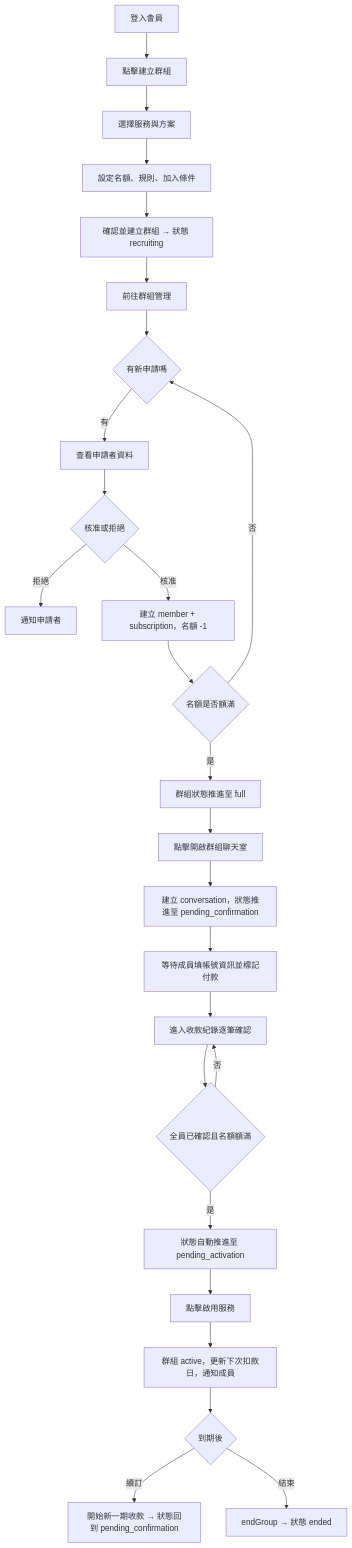
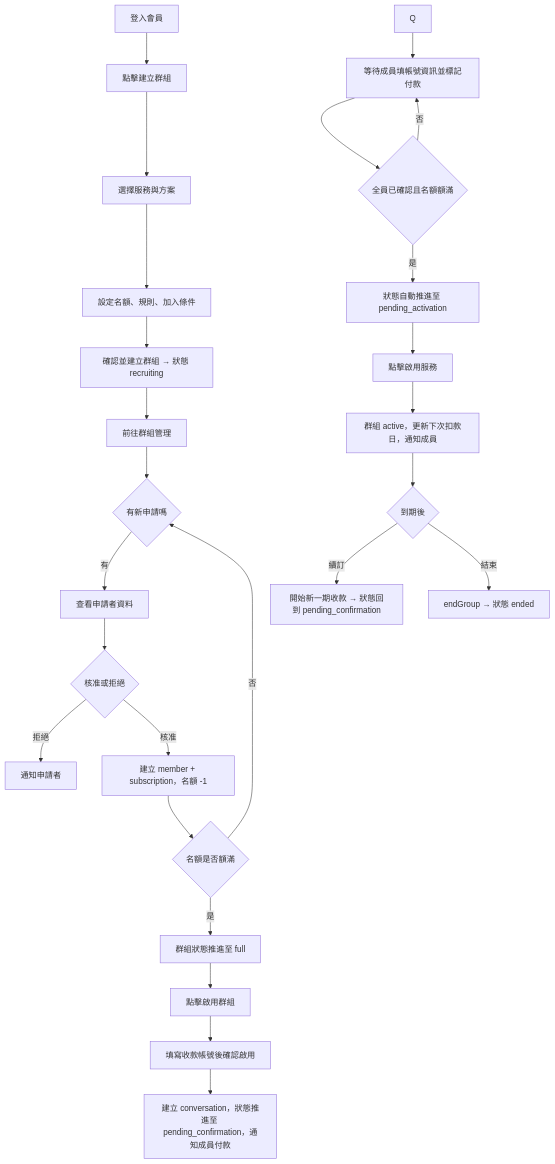
The fourth of 6 diagrams in docs/user-flows.md (s1092055/PartyMatch), drawn with Mermaid before and after one commit. The commit also changed other lines of this file and 2 other files, not shown here.

Commit message:
docs: 修正 full 狀態的觸發動作描述
舊文件寫「開啟群組聊天室」，實際上是「啟用群組」（填寫收款帳號後確認），
確認後系統才建立群組聊天室並推進至 pending_confirmation。

````diff
--- a/docs/user-flows.md
+++ b/docs/user-flows.md
@@ -100,28 +100,28 @@
 ```mermaid
 flowchart TD
   A[登入會員] --> B[點擊建立群組]
   B --> C[選擇服務與方案]
   C --> D[設定名額、規則、加入條件]
   D --> E[確認並建立群組 → 狀態 recruiting]
   E --> F[前往群組管理]
   F --> G{有新申請嗎}
   G -->|有| H[查看申請者資料]
   H --> I{核准或拒絕}
   I -->|拒絕| J[通知申請者]
   I -->|核准| K[建立 member + subscription，名額 -1]
   K --> L{名額是否額滿}
   L -->|否| G
   L -->|是| M[群組狀態推進至 full]
-  M --> N[點擊開啟群組聊天室]
-  N --> O[建立 conversation，狀態推進至 pending_confirmation]
-  O --> P[等待成員填帳號資訊並標記付款]
-  P --> Q[進入收款紀錄逐筆確認]
-  Q --> R{全員已確認且名額額滿}
-  R -->|否| Q
-  R -->|是| S[狀態自動推進至 pending_activation]
-  S --> T[點擊啟用服務]
-  T --> U[群組 active，更新下次扣款日，通知成員]
-  U --> V{到期後}
-  V -->|續訂| W[開始新一期收款 → 狀態回到 pending_confirmation]
-  V -->|結束| X[endGroup → 狀態 ended]
+  M --> N[點擊啟用群組]
+  N --> O[填寫收款帳號後確認啟用]
+  O --> P[建立 conversation，狀態推進至 pending_confirmation，通知成員付款]
+  Q --> R[等待成員填帳號資訊並標記付款]
+  R --> S{全員已確認且名額額滿}
+  S -->|否| R
+  S -->|是| T[狀態自動推進至 pending_activation]
+  T --> U[點擊啟用服務]
+  U --> V[群組 active，更新下次扣款日，通知成員]
+  V --> W{到期後}
+  W -->|續訂| X[開始新一期收款 → 狀態回到 pending_confirmation]
+  W -->|結束| Y[endGroup → 狀態 ended]
 ```
````
